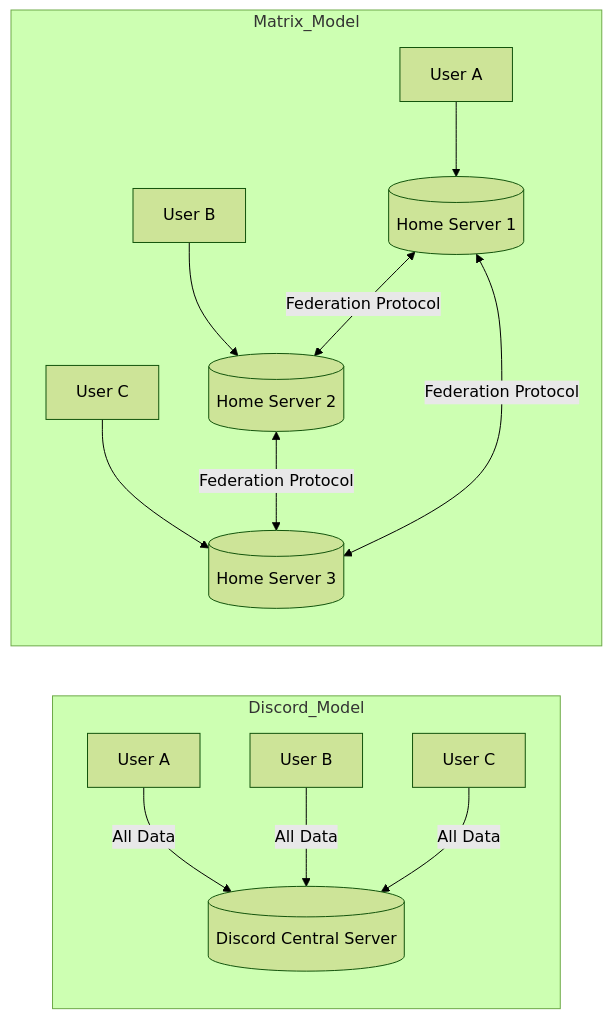
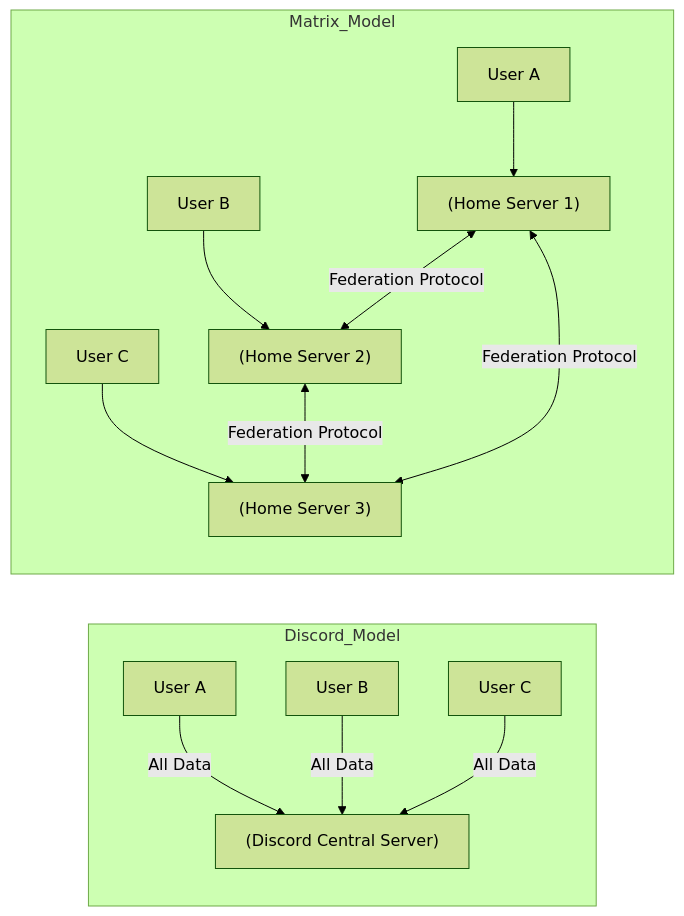
The diagram in content/post/보안/-Discord-Anonymity-익명성-종료와-Matrix-이주-가이드/index.md (rebugui/rebugui.github.io), drawn with Mermaid (forest theme) before and after one commit. The commit also changed other lines of this file and 430 other files, not shown here.

Commit message:
fix: 표 깨짐 424글 복구(Notion 왕복 collapse) + mermaid 문법오류 7건 교정(괄호 라벨 따옴표·기형 엣지·placeholder 제거)

````diff
--- a/content/post/보안/-Discord-Anonymity-익명성-종료와-Matrix-이주-가이드/index.md
+++ b/content/post/보안/-Discord-Anonymity-익명성-종료와-Matrix-이주-가이드/index.md
@@ -28,17 +28,17 @@
 ```mermaid
 graph LR
     subgraph Discord_Model
-        D1[User A] -->|All Data| DServer[(Discord Central Server)]
+        D1[User A] -->|All Data| DServer["(Discord Central Server)"]
         D2[User B] -->|All Data| DServer
         D3[User C] -->|All Data| DServer
     end
 
     subgraph Matrix_Model
-        M1[User A] --> MServer1[(Home Server 1)]
-        M2[User B] --> MServer2[(Home Server 2)]
-        M3[User C] --> MServer3[(Home Server 3)]
+        M1[User A] --> MServer1["(Home Server 1)"]
+        M2[User B] --> MServer2["(Home Server 2)"]
+        M3[User C] --> MServer3["(Home Server 3)"]
         MServer1 <-->|Federation Protocol| MServer2
         MServer2 <-->|Federation Protocol| MServer3
         MServer1 <-->|Federation Protocol| MServer3
     end
 ```
````
